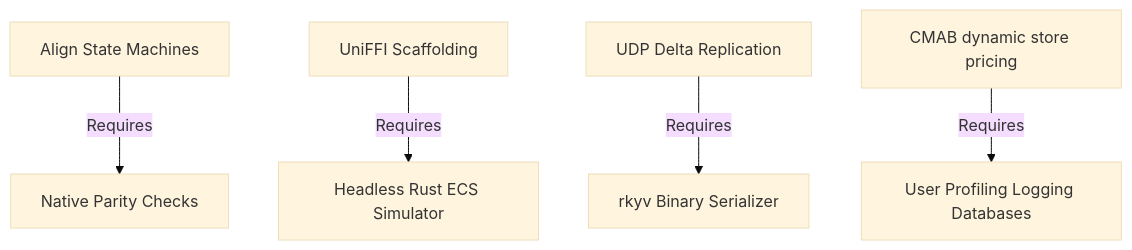
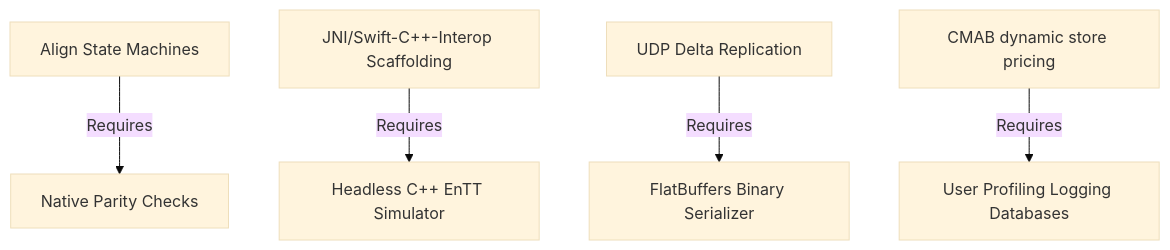
Before and after one commit to Hyperion-Corporation/Project-Mobile-Fortress: the diagram in docs/design/production_roadmap.md, drawn with Mermaid (base theme). The commit also changed other lines of this file and 28 other files, not shown here.

````diff
--- a/docs/design/production_roadmap.md
+++ b/docs/design/production_roadmap.md
@@ -54,7 +54,7 @@
 ```mermaid
 graph TD
     A[Align State Machines] -->|Requires| B[Native Parity Checks]
-    C[UniFFI Scaffolding] -->|Requires| D[Headless Rust ECS Simulator]
-    E[UDP Delta Replication] -->|Requires| F[rkyv Binary Serializer]
+    C[JNI/Swift-C++-Interop Scaffolding] -->|Requires| D[Headless C++ EnTT Simulator]
+    E[UDP Delta Replication] -->|Requires| F[FlatBuffers Binary Serializer]
     G[CMAB dynamic store pricing] -->|Requires| H[User Profiling Logging Databases]
 ```
````
